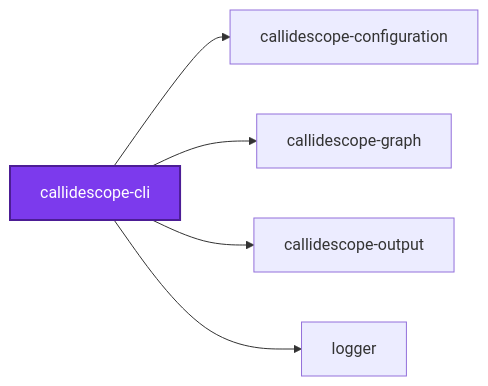
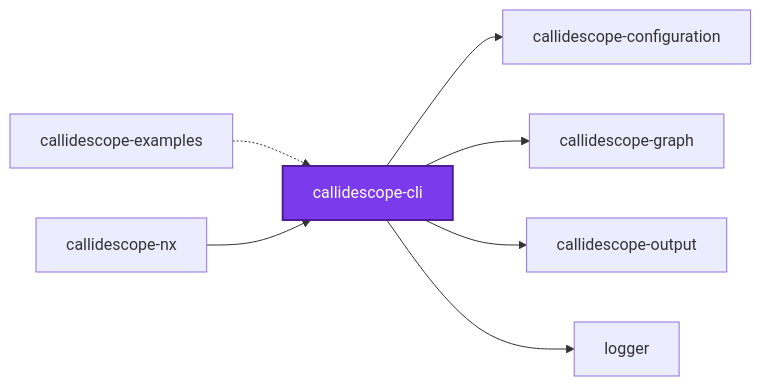
Before and after one commit to JimmyPaolini/codebase: the first of 3 diagrams in packages/callidescope-cli/README.md, drawn with Mermaid. The commit also changed other lines of this file and 25 other files, not shown here.

````diff
--- a/packages/callidescope-cli/README.md
+++ b/packages/callidescope-cli/README.md
@@ -700,14 +700,18 @@
 ```mermaid
 graph LR
   callidescope_cli["callidescope-cli"]
   callidescope_configuration["callidescope-configuration"]
+  callidescope_examples["callidescope-examples"]
   callidescope_graph["callidescope-graph"]
+  callidescope_nx["callidescope-nx"]
   callidescope_output["callidescope-output"]
   logger["logger"]
   callidescope_cli --> callidescope_configuration
   callidescope_cli --> callidescope_graph
   callidescope_cli --> callidescope_output
   callidescope_cli --> logger
+  callidescope_examples -.-> callidescope_cli
+  callidescope_nx --> callidescope_cli
   classDef subject fill:#7c3aed,color:#fff,stroke:#4c1d95,stroke-width:2px
   class callidescope_cli subject
 ```
````
